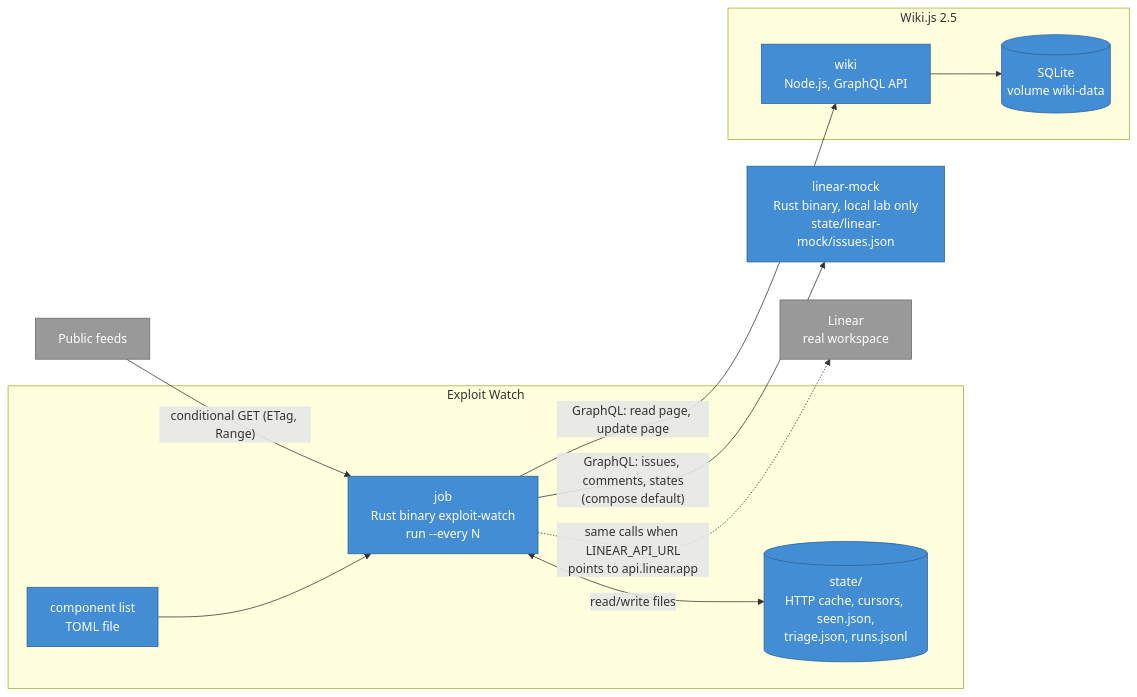
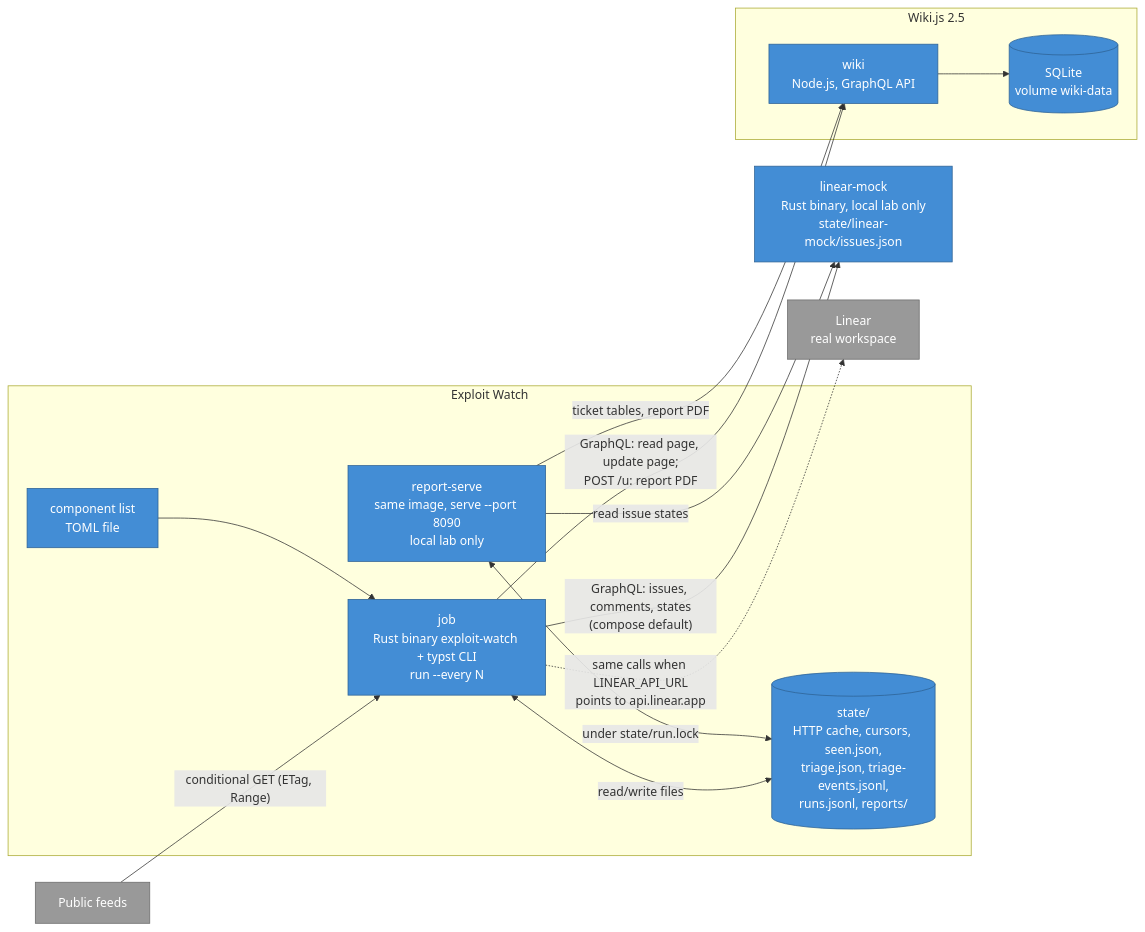
Before and after one commit to mckema/cyber-dashboard: the second of 4 diagrams in README.md, drawn with Mermaid. The commit also changed other lines of this file and 21 other files, not shown here.

````diff
--- a/README.md
+++ b/README.md
@@ -91,26 +96,30 @@
 ```mermaid
 flowchart LR
   classDef container fill:#438dd5,stroke:#2e6295,color:#fff
   classDef ext fill:#999,stroke:#6b6b6b,color:#fff
 
   feeds["Public feeds"]:::ext
   subgraph ew["Exploit Watch"]
-    job["job<br/>Rust binary exploit-watch<br/>run --every N"]:::container
-    state[("state/<br/>HTTP cache, cursors, seen.json,<br/>triage.json, runs.jsonl")]:::container
+    job["job<br/>Rust binary exploit-watch + typst CLI<br/>run --every N"]:::container
+    serve["report-serve<br/>same image, serve --port 8090<br/>local lab only"]:::container
+    state[("state/<br/>HTTP cache, cursors, seen.json,<br/>triage.json, triage-events.jsonl,<br/>runs.jsonl, reports/")]:::container
     comps["component list<br/>TOML file"]:::container
   end
   mock["linear-mock<br/>Rust binary, local lab only<br/>state/linear-mock/issues.json"]:::container
   linear["Linear<br/>real workspace"]:::ext
   subgraph wk["Wiki.js 2.5"]
     app["wiki<br/>Node.js, GraphQL API"]:::container
     db[("SQLite<br/>volume wiki-data")]:::container
   end
 
   feeds -->|"conditional GET (ETag, Range)"| job
   job <-->|"read/write files"| state
   comps --> job
   job -->|"GraphQL: issues, comments, states<br/>(compose default)"| mock
   job -.->|"same calls when LINEAR_API_URL<br/>points to api.linear.app"| linear
-  job -->|"GraphQL: read page, update page"| app
+  job -->|"GraphQL: read page, update page;<br/>POST /u: report PDF"| app
+  serve <-->|"under state/run.lock"| state
+  serve -->|"read issue states"| mock
+  serve -->|"ticket tables, report PDF"| app
   app --> db
 ```
````
